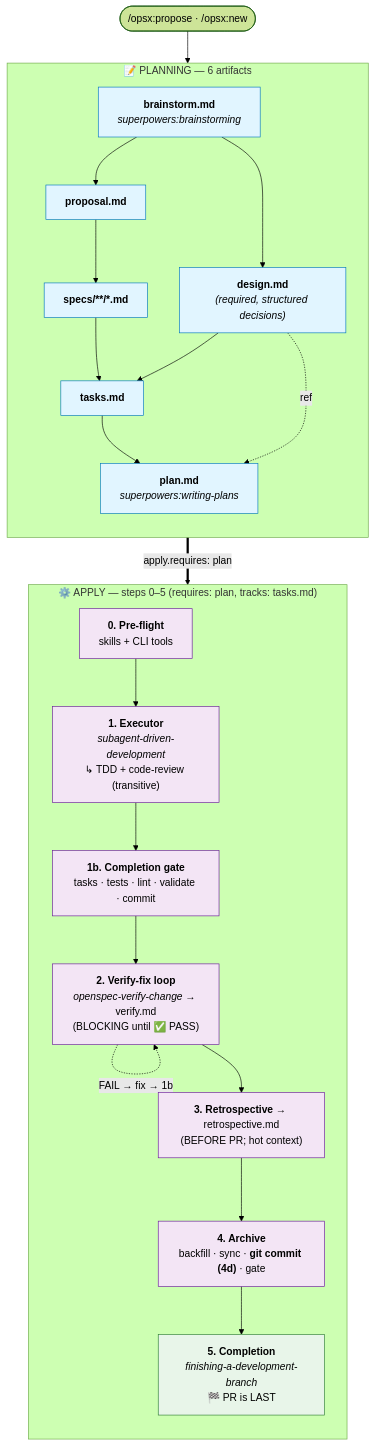
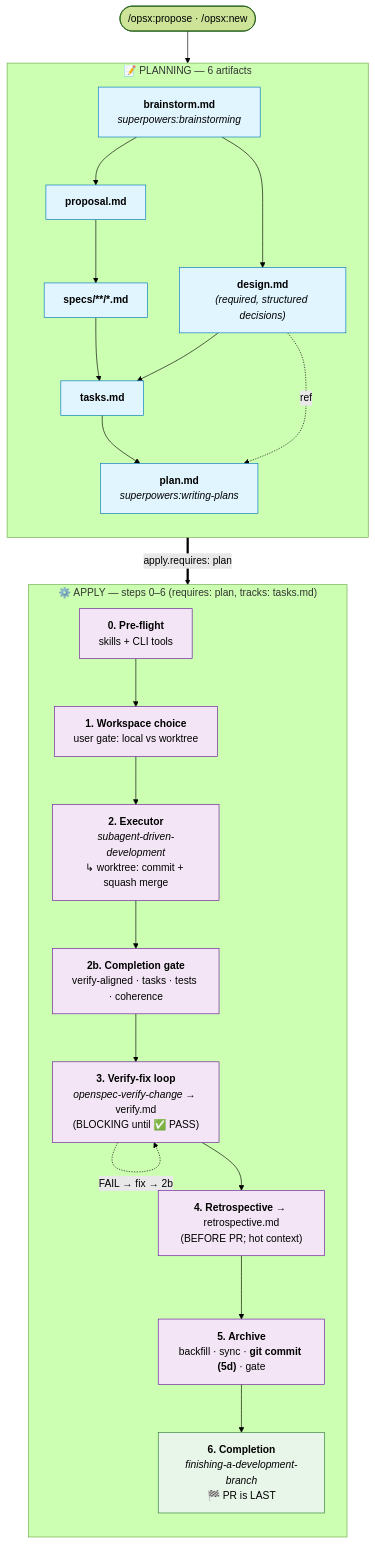
One commit to fernando-delosrios-sp/sailpoint-utils changed the diagram in SaaS Connectivity/saas-custom-operations/.agents/skills/openspec-init/schemas/superpowers-bridge/README.md. Above: the diagram before and after it, drawn with Mermaid (forest theme). The commit also changed other lines of this file and 96 other files, not shown here.

````diff
--- a/SaaS Connectivity/saas-custom-operations/.agents/skills/openspec-init/schemas/superpowers-bridge/README.md
+++ b/SaaS Connectivity/saas-custom-operations/.agents/skills/openspec-init/schemas/superpowers-bridge/README.md
@@ -219,48 +161,49 @@
 ```mermaid
 flowchart TD
     Start([/opsx:propose · /opsx:new])
 
     subgraph Plan ["📝 PLANNING — 6 artifacts"]
         direction TB
         BS["<b>brainstorm.md</b><br/><i>superpowers:brainstorming</i>"]
         PROP["<b>proposal.md</b>"]
         DES["<b>design.md</b><br/><i>(required, structured decisions)</i>"]
         SP["<b>specs/**/*.md</b>"]
         TK["<b>tasks.md</b>"]
         PL["<b>plan.md</b><br/><i>superpowers:writing-plans</i>"]
 
         BS --> PROP
         BS --> DES
         PROP --> SP
         SP --> TK
         DES --> TK
         TK --> PL
         DES -. ref .-> PL
     end
 
-    subgraph Apply ["⚙️ APPLY — steps 0–5 (requires: plan, tracks: tasks.md)"]
+    subgraph Apply ["⚙️ APPLY — steps 0–6 (requires: plan, tracks: tasks.md)"]
         direction TB
         A0["<b>0. Pre-flight</b><br/>skills + CLI tools"]
-        A1["<b>1. Executor</b><br/><i>subagent-driven-development</i><br/>↳ TDD + code-review (transitive)"]
-        A1b["<b>1b. Completion gate</b><br/>tasks · tests · lint · validate · commit"]
-        A2["<b>2. Verify-fix loop</b><br/><i>openspec-verify-change</i> → verify.md<br/>(BLOCKING until ✅ PASS)"]
-        A3["<b>3. Retrospective</b> → retrospective.md<br/>(BEFORE PR; hot context)"]
-        A4["<b>4. Archive</b><br/>backfill · sync · <b>git commit (4d)</b> · gate"]
-        A5["<b>5. Completion</b><br/><i>finishing-a-development-branch</i><br/>🏁 PR is LAST"]
+        A1["<b>1. Workspace choice</b><br/>user gate: local vs worktree"]
+        A2["<b>2. Executor</b><br/><i>subagent-driven-development</i><br/>↳ worktree: commit + squash merge"]
+        A2b["<b>2b. Completion gate</b><br/>verify-aligned · tasks · tests · coherence"]
+        A3["<b>3. Verify-fix loop</b><br/><i>openspec-verify-change</i> → verify.md<br/>(BLOCKING until ✅ PASS)"]
+        A4["<b>4. Retrospective</b> → retrospective.md<br/>(BEFORE PR; hot context)"]
+        A5["<b>5. Archive</b><br/>backfill · sync · <b>git commit (5d)</b> · gate"]
+        A6["<b>6. Completion</b><br/><i>finishing-a-development-branch</i><br/>🏁 PR is LAST"]
 
-        A0 --> A1 --> A1b --> A2
-        A2 -. FAIL → fix → 1b .-> A2
-        A2 --> A3 --> A4 --> A5
+        A0 --> A1 --> A2 --> A2b --> A3
+        A3 -. FAIL → fix → 2b .-> A3
+        A3 --> A4 --> A5 --> A6
     end
 
     Start --> BS
     PL ==>|apply.requires: plan| A0
 
     classDef artifact fill:#e1f5ff,stroke:#0277bd,color:#000
     classDef step fill:#f3e5f5,stroke:#6a1b9a,color:#000
     classDef capstone fill:#e8f5e9,stroke:#2e7d32,color:#000
 
     class BS,PROP,DES,SP,TK,PL artifact
-    class A0,A1,A1b,A2,A3,A4 step
-    class A5 capstone
+    class A0,A1,A2,A2b,A3,A4,A5 step
+    class A6 capstone
 ```
````
